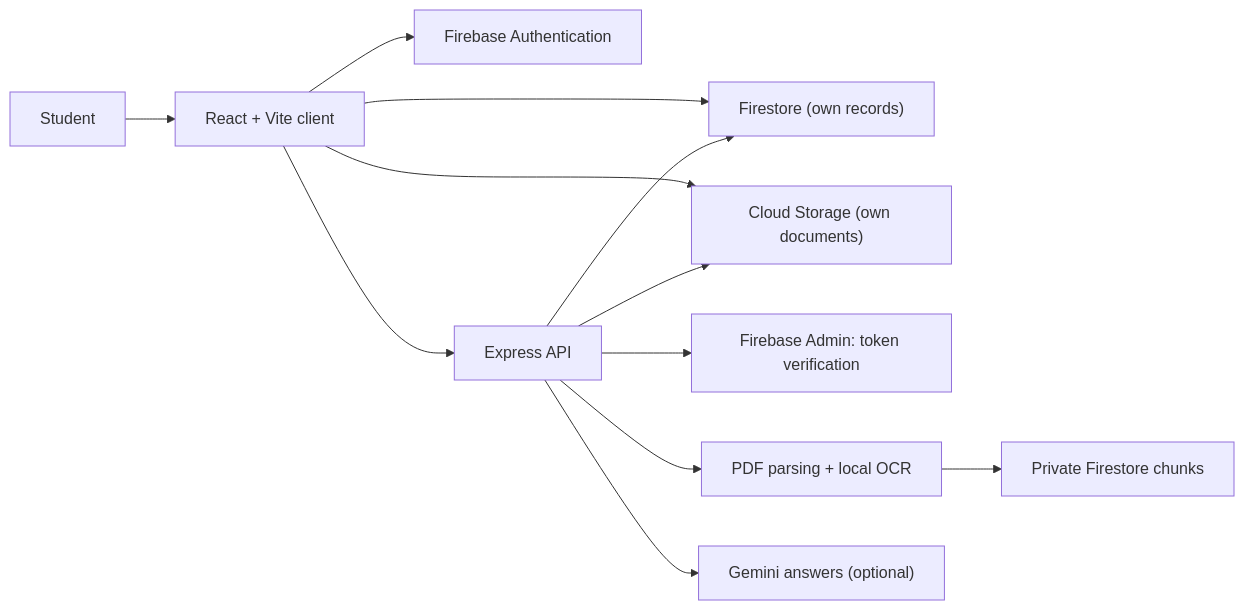
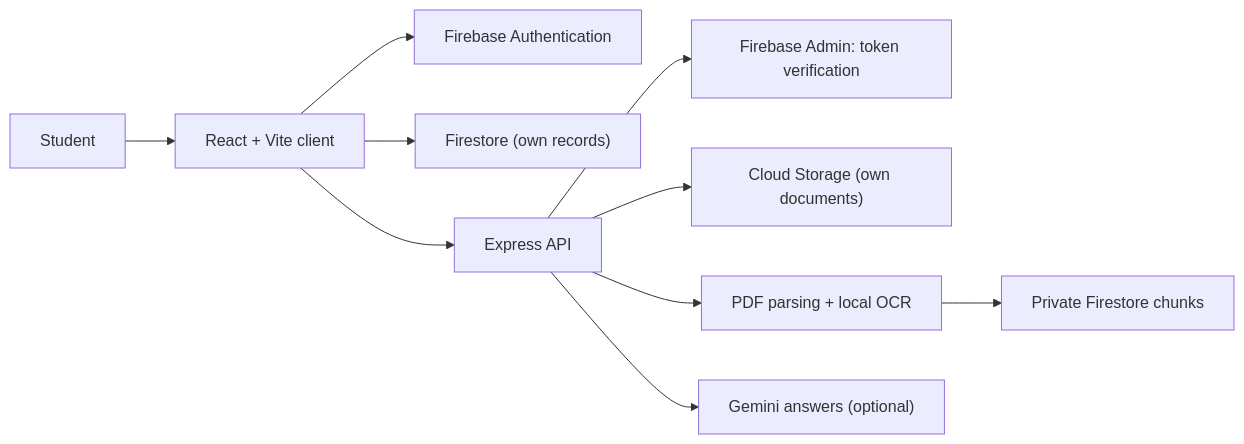
One commit to shlokbhutani13/globeready changed the second of 2 diagrams in README.md. Above: the diagram before and after it, drawn with Mermaid. The commit also changed other lines of this file and 11 other files, not shown here.

````diff
--- a/README.md
+++ b/README.md
@@ -27,14 +74,12 @@
 ```mermaid
 flowchart LR
     Student["Student"] --> Client["React + Vite client"]
     Client --> Auth["Firebase Authentication"]
     Client --> Firestore["Firestore (own records)"]
-    Client --> Storage["Cloud Storage (own documents)"]
     Client --> API["Express API"]
     API --> Admin["Firebase Admin: token verification"]
-    API --> Firestore
-    API --> Storage
+    API --> Storage["Cloud Storage (own documents)"]
     API --> Extraction["PDF parsing + local OCR"]
     Extraction --> Chunks["Private Firestore chunks"]
     API --> Gemini["Gemini answers (optional)"]
 ```
````
